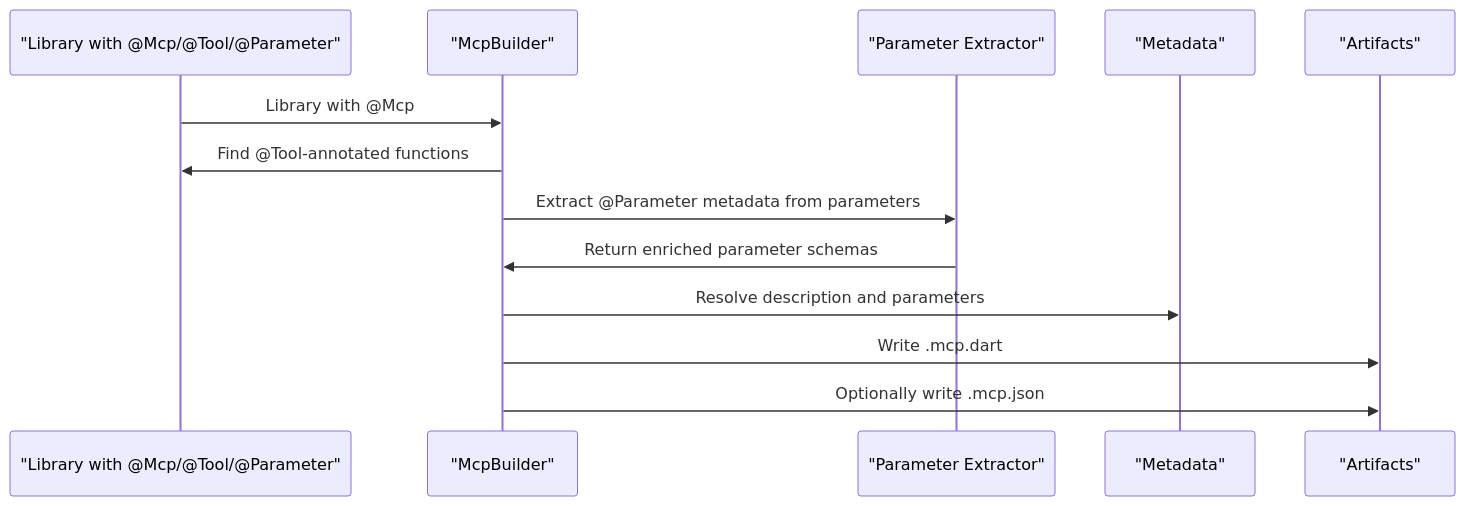
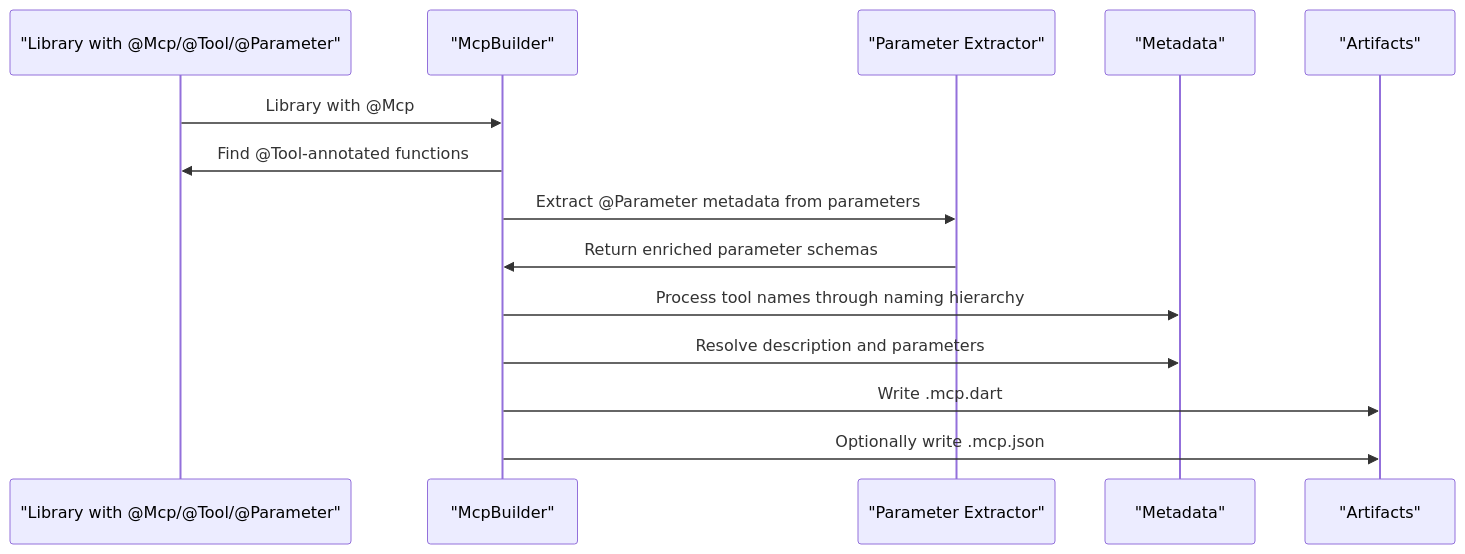
One commit to cdavis-code/easy_mcp_workspace changed the fifth of 8 diagrams in .qoder/repowiki/en/content/Annotations Reference/@Tool Annotation.md. Above: the diagram before and after it, drawn with Mermaid. The commit also changed other lines of this file and 8 other files, not shown here.

````diff
--- a/.qoder/repowiki/en/content/Annotations Reference/@Tool Annotation.md
+++ b/.qoder/repowiki/en/content/Annotations Reference/@Tool Annotation.md
@@ -258,15 +272,16 @@
 ```mermaid
 sequenceDiagram
 participant Lib as "Library with @Mcp/@Tool/@Parameter"
 participant Gen as "McpBuilder"
 participant Param as "Parameter Extractor"
 participant Meta as "Metadata"
 participant Art as "Artifacts"
 Lib->>Gen : Library with @Mcp
 Gen->>Lib : Find @Tool-annotated functions
 Gen->>Param : Extract @Parameter metadata from parameters
 Param->>Gen : Return enriched parameter schemas
+Gen->>Meta : Process tool names through naming hierarchy
 Gen->>Meta : Resolve description and parameters
 Gen->>Art : Write .mcp.dart
 Gen->>Art : Optionally write .mcp.json
 ```
````
